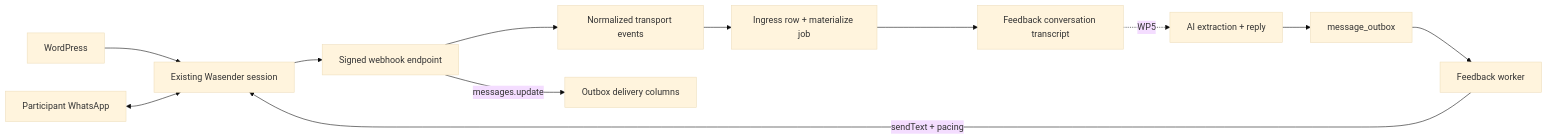
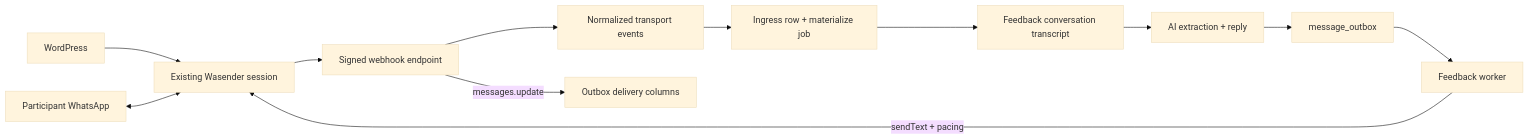
The diagram in docs/backend/mechanisms/wasender.md (johnakisk0700/slopform), drawn with Mermaid (base theme) before and after one commit. The commit also changed other lines of this file and 27 other files, not shown here.

````diff
--- a/docs/backend/mechanisms/wasender.md
+++ b/docs/backend/mechanisms/wasender.md
@@ -86,14 +86,14 @@
 ```mermaid
 flowchart LR
   WP["WordPress"] --> Wasender["Existing Wasender session"]
   Participant["Participant WhatsApp"] <--> Wasender
   Worker["Feedback worker"] -->|"sendText + pacing"| Wasender
   Wasender --> Hook["Signed webhook endpoint"]
   Hook --> Normalized["Normalized transport events"]
   Normalized --> Store["Ingress row + materialize job"]
   Store --> Conversation["Feedback conversation transcript"]
-  Conversation -. "WP5" .-> AI["AI extraction + reply"]
+  Conversation --> AI["AI extraction + reply"]
   AI --> Outbox["message_outbox"]
   Outbox --> Worker
   Hook -->|"messages.update"| Delivery["Outbox delivery columns"]
 ```
````
